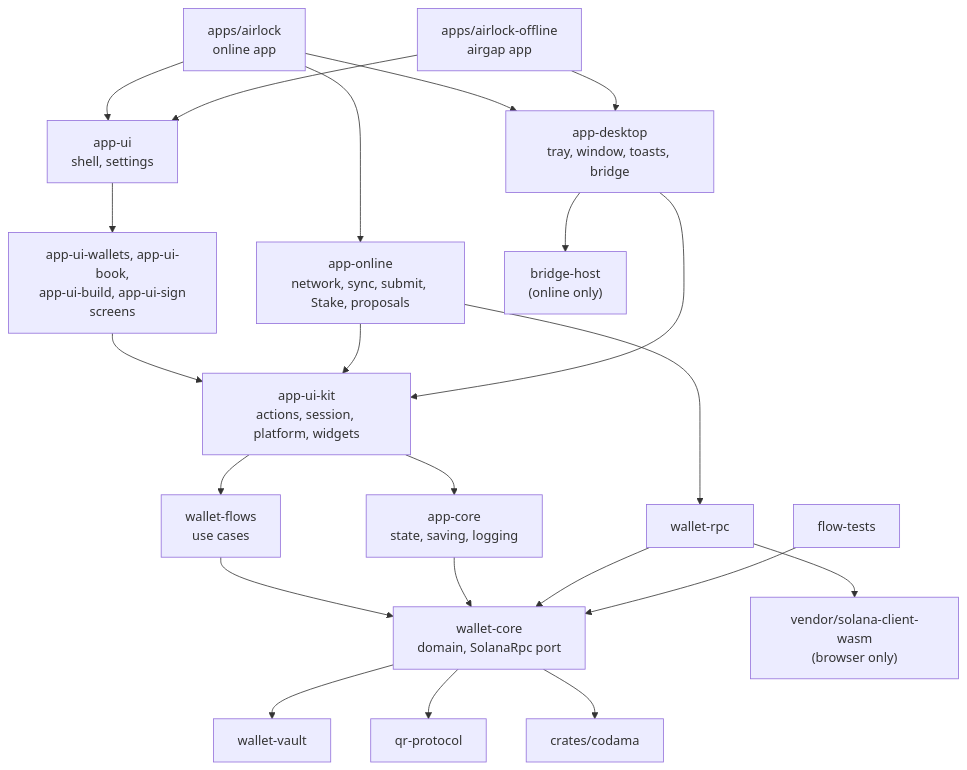
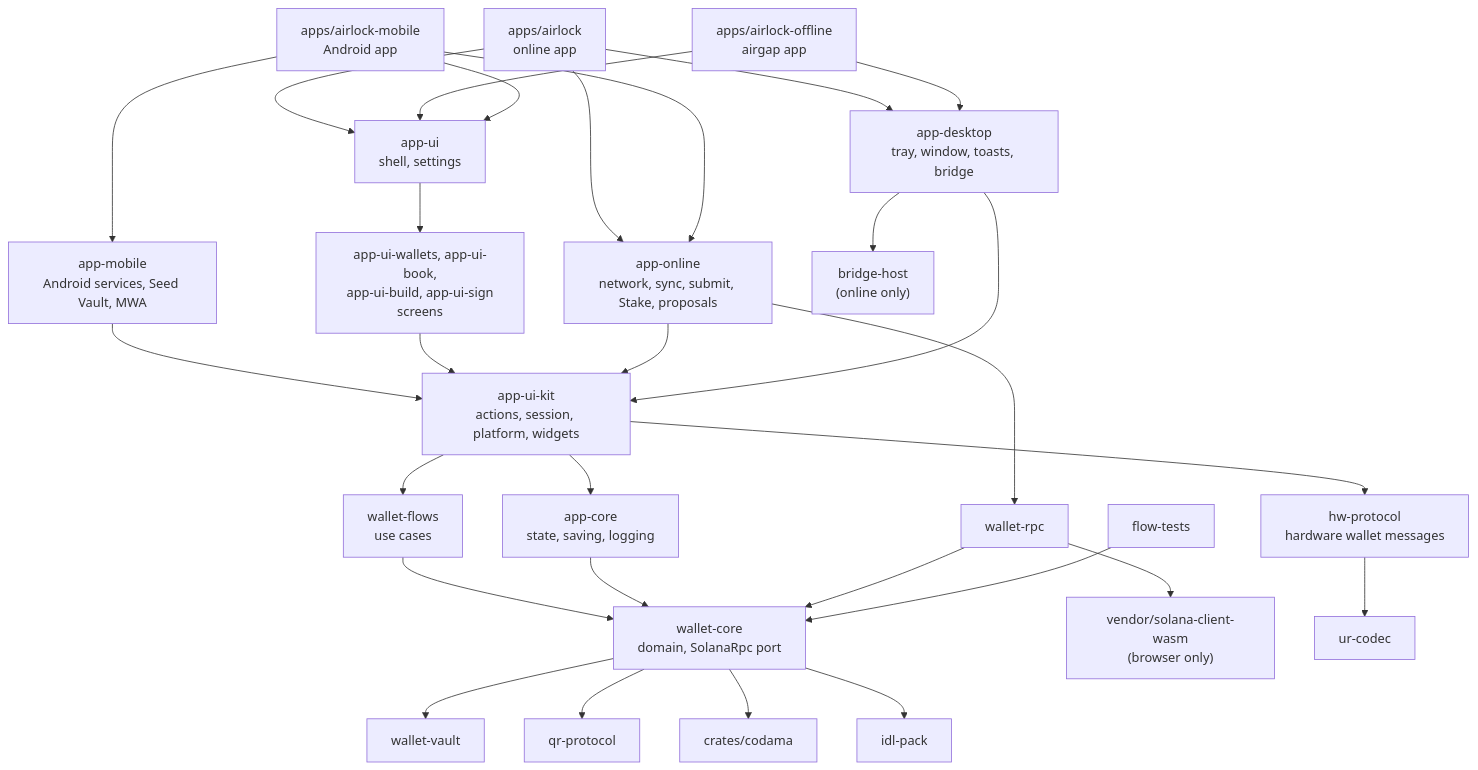
Before and after one commit to tiago18c/airlock: the second of 2 diagrams in README.md, drawn with Mermaid. The commit also changed other lines of this file, not shown here.

````diff
--- a/README.md
+++ b/README.md
@@ -146,24 +155,31 @@
 ```mermaid
 flowchart TD
   Online["apps/airlock<br/>online app"] --> Shell["app-ui<br/>shell, settings"]
   Airgap["apps/airlock-offline<br/>airgap app"] --> Shell
   Online --> OnlinePieces["app-online<br/>network, sync, submit, Stake, proposals"]
   Online --> Desktop["app-desktop<br/>tray, window, toasts, bridge"]
   Airgap --> Desktop
+  Mobile["apps/airlock-mobile<br/>Android app"] --> Shell
+  Mobile --> OnlinePieces
+  Mobile --> MobileSvc["app-mobile<br/>Android services, Seed Vault, MWA"]
+  MobileSvc --> Kit
   Shell --> Screens["app-ui-wallets, app-ui-book,<br/>app-ui-build, app-ui-sign<br/>screens"]
   Screens --> Kit["app-ui-kit<br/>actions, session, platform, widgets"]
   OnlinePieces --> Kit
   Desktop --> Kit
   Desktop --> BridgeHost["bridge-host<br/>(online only)"]
   Kit --> AppCore["app-core<br/>state, saving, logging"]
   Kit --> Flows["wallet-flows<br/>use cases"]
   OnlinePieces --> RPCc["wallet-rpc"]
   Flows --> Core["wallet-core<br/>domain, SolanaRpc port"]
   AppCore --> Core
   RPCc --> Core
   RPCc --> WasmClient["vendor/solana-client-wasm<br/>(browser only)"]
   Core --> Vault["wallet-vault"]
   Core --> QR["qr-protocol"]
   Core --> Codama["crates/codama"]
+  Core --> Pack["idl-pack"]
+  Kit --> HW["hw-protocol<br/>hardware wallet messages"]
+  HW --> UR["ur-codec"]
   FlowTests["flow-tests"] --> Core
 ```
````
